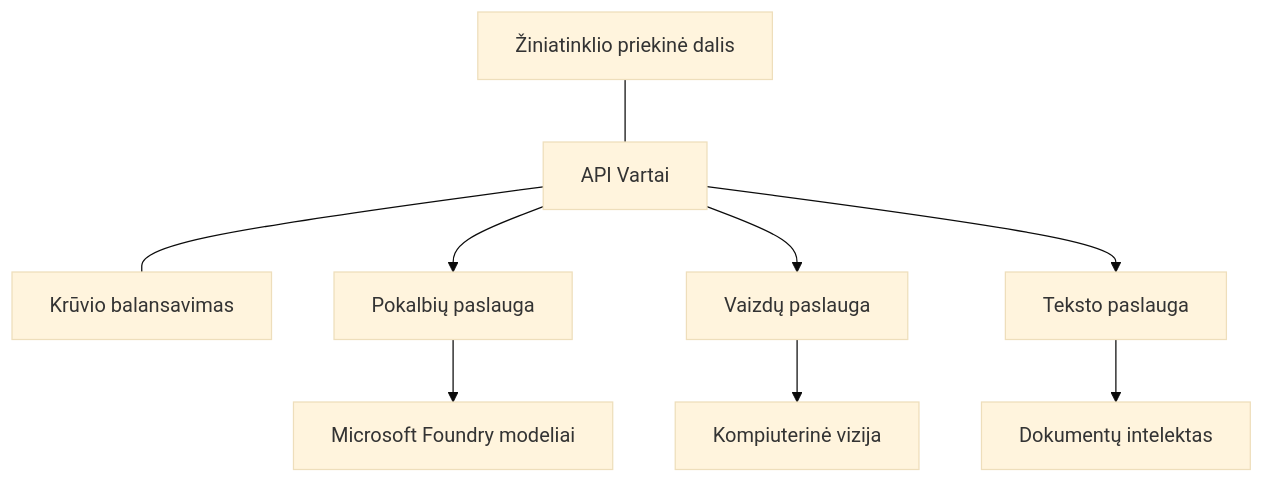
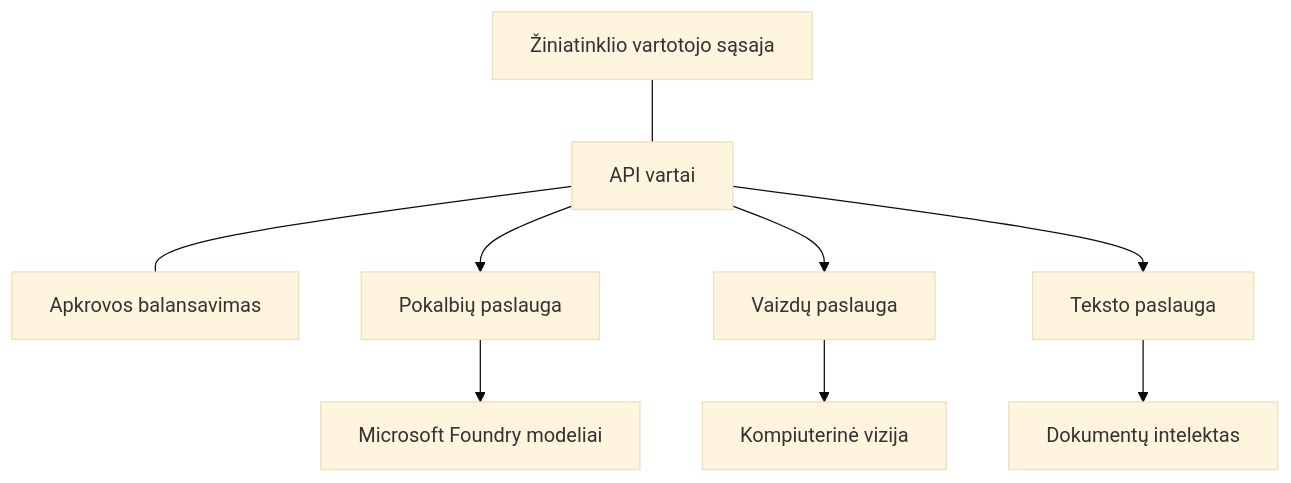
One commit to microsoft/AZD-for-beginners changed the diagram in translations/lt/docs/chapter-08-production/production-ai-practices.md. Above: the diagram before and after it, drawn with Mermaid (base theme). The commit also changed other lines of this file and 104 other files, not shown here.

````diff
--- a/translations/lt/docs/chapter-08-production/production-ai-practices.md
+++ b/translations/lt/docs/chapter-08-production/production-ai-practices.md
@@ -30,10 +30,10 @@
 ```mermaid
 graph TD
-    Frontend[Žiniatinklio priekinė dalis] --- Gateway[API Vartai] --- LB[Krūvio balansavimas]
+    Frontend[Žiniatinklio vartotojo sąsaja] --- Gateway[API vartai] --- LB[Apkrovos balansavimas]
     Gateway --> Chat[Pokalbių paslauga]
     Gateway --> Image[Vaizdų paslauga]
     Gateway --> Text[Teksto paslauga]
     Chat --> OpenAI[Microsoft Foundry modeliai]
     Image --> Vision[Kompiuterinė vizija]
     Text --> DocIntel[Dokumentų intelektas]
 ```
````
